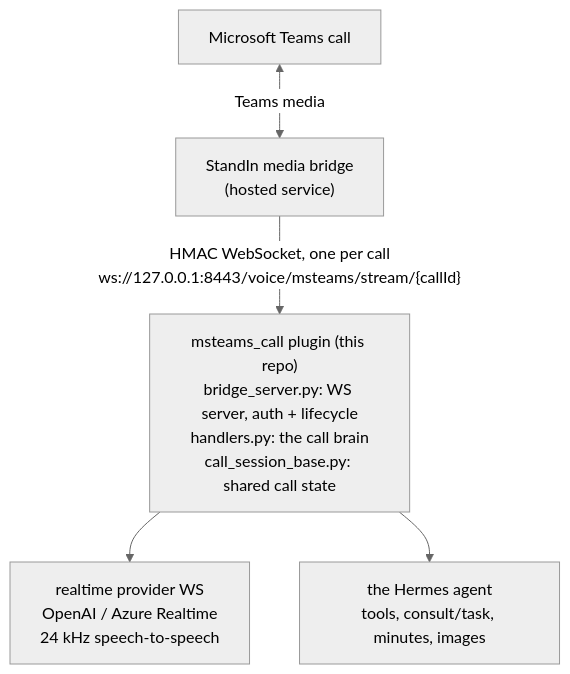
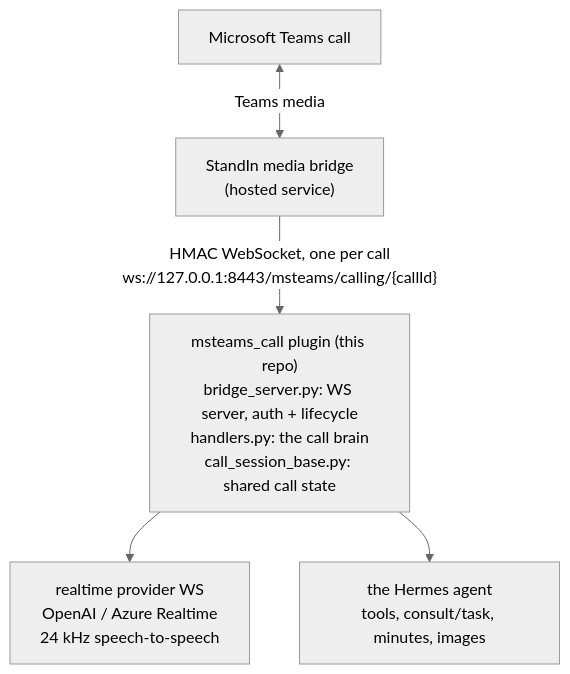
Before and after one commit to komaa-com/hermes-msteams-bridge: the first of 3 diagrams in website/src/content/docs/architecture.md, drawn with Mermaid (neutral theme). The commit also changed 8 other files, not shown here.

````diff
--- a/website/src/content/docs/architecture.md
+++ b/website/src/content/docs/architecture.md
@@ -16,12 +16,12 @@
 ```mermaid
 flowchart TD
     Teams["Microsoft Teams call"]
     Bridge["StandIn media bridge<br/>(hosted service)"]
     Plugin["msteams_call plugin (this repo)<br/>bridge_server.py: WS server, auth + lifecycle<br/>handlers.py: the call brain<br/>call_session_base.py: shared call state"]
     Provider["realtime provider WS<br/>OpenAI / Azure Realtime<br/>24 kHz speech-to-speech"]
     Agent["the Hermes agent<br/>tools, consult/task, minutes, images"]
     Teams <-->|Teams media| Bridge
-    Bridge -->|"HMAC WebSocket, one per call<br/>ws://127.0.0.1:8443/voice/msteams/stream/{callId}"| Plugin
+    Bridge -->|"HMAC WebSocket, one per call<br/>ws://127.0.0.1:8443/msteams/calling/{callId}"| Plugin
     Plugin --> Provider
     Plugin --> Agent
 ```
````
